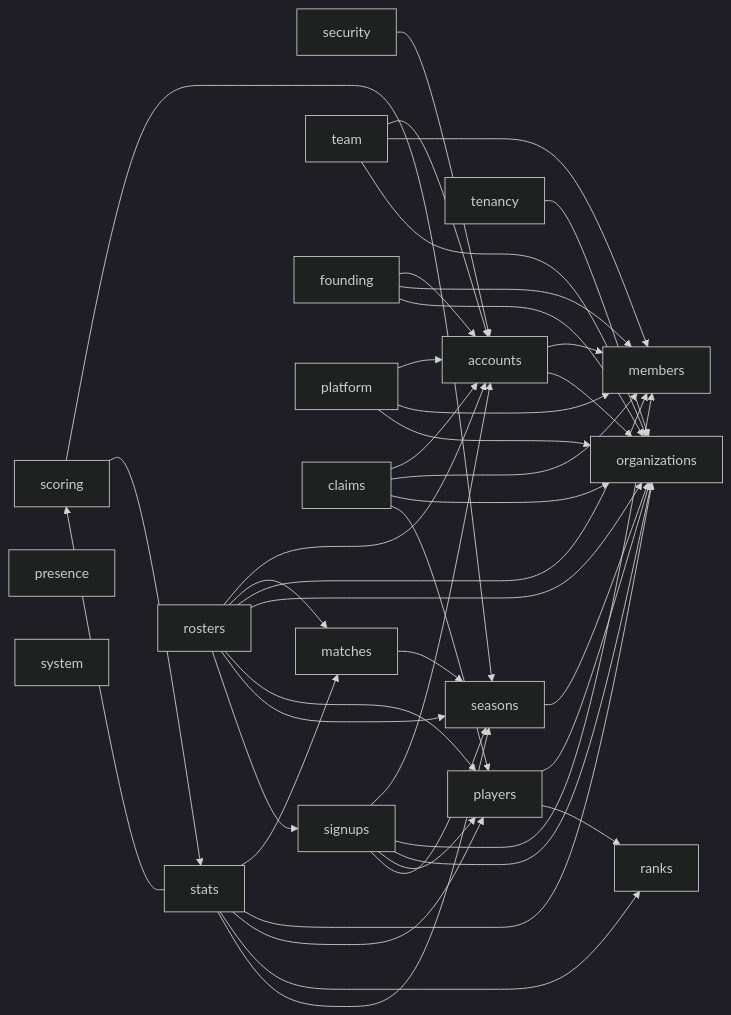
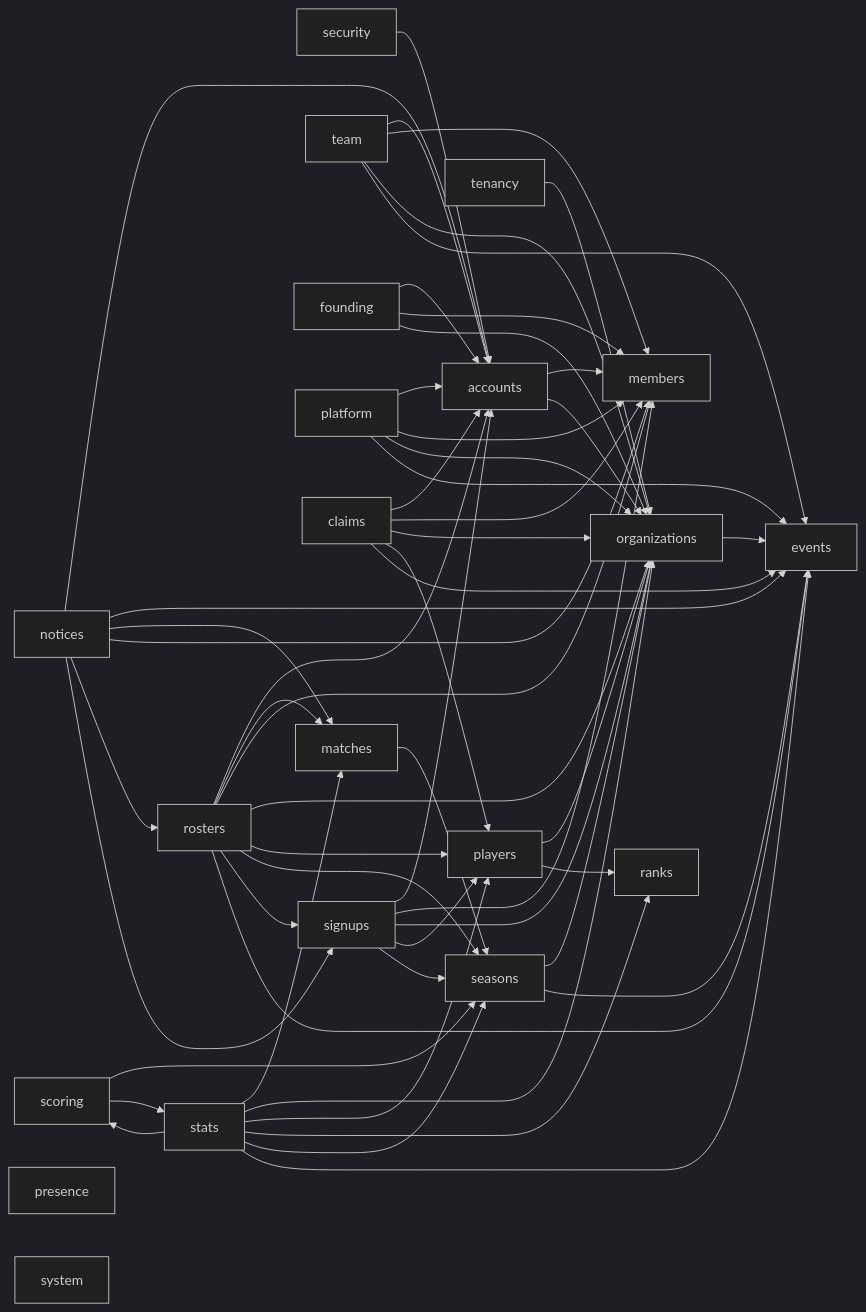
The third of 7 diagrams in docs/context-graph.md (irmahs-labs/tournament-leaderboard), drawn with Mermaid (dark theme) before and after one commit. The commit also changed other lines of this file and 43 other files, not shown here.

````diff
--- a/docs/context-graph.md
+++ b/docs/context-graph.md
@@ -42,46 +42,59 @@
 ```mermaid
 flowchart LR
     security --> accounts
     accounts --> members
     accounts --> organizations
     tenancy --> organizations
     players --> organizations
     players --> ranks
     seasons --> organizations
     matches --> seasons
     scoring --> seasons
     scoring --> stats
     stats --> matches
     stats --> organizations
     stats --> players
     stats --> ranks
     stats --> scoring
     stats --> seasons
     team --> accounts
     team --> members
     team --> organizations
     founding --> accounts
     founding --> members
     founding --> organizations
     platform --> accounts
     platform --> members
     platform --> organizations
     claims --> accounts
     claims --> members
     claims --> organizations
     claims --> players
     signups --> accounts
     signups --> members
     signups --> organizations
     signups --> players
     signups --> seasons
     rosters --> accounts
     rosters --> matches
     rosters --> members
     rosters --> organizations
     rosters --> players
     rosters --> seasons
     rosters --> signups
+    rosters --> events
+    notices --> accounts
+    notices --> events
+    notices --> matches
+    notices --> members
+    notices --> rosters
+    notices --> signups
+    claims --> events
+    platform --> events
+    seasons --> events
+    stats --> events
+    team --> events
+    organizations --> events
     presence
     system
 ```
````
